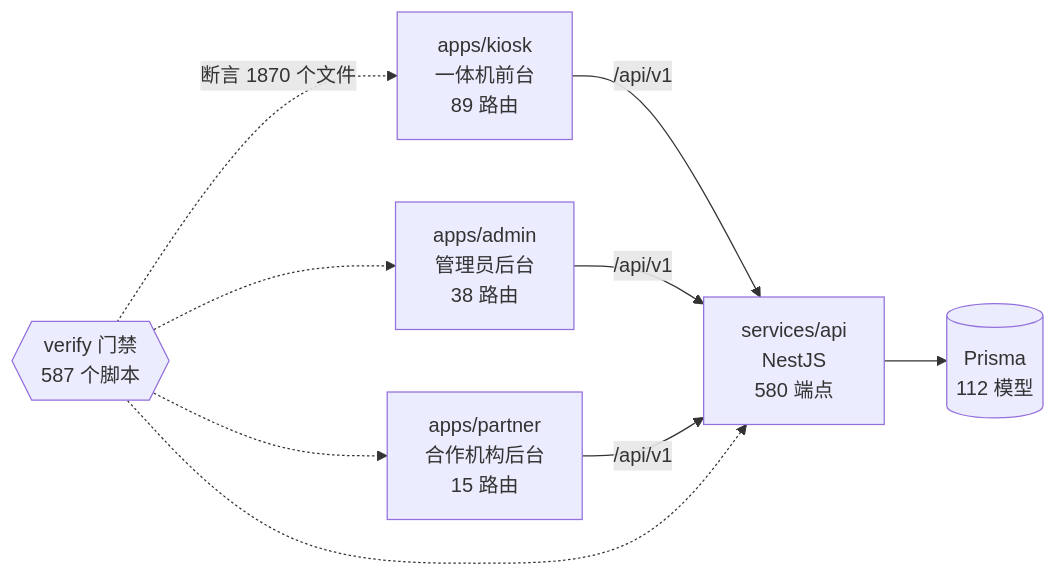
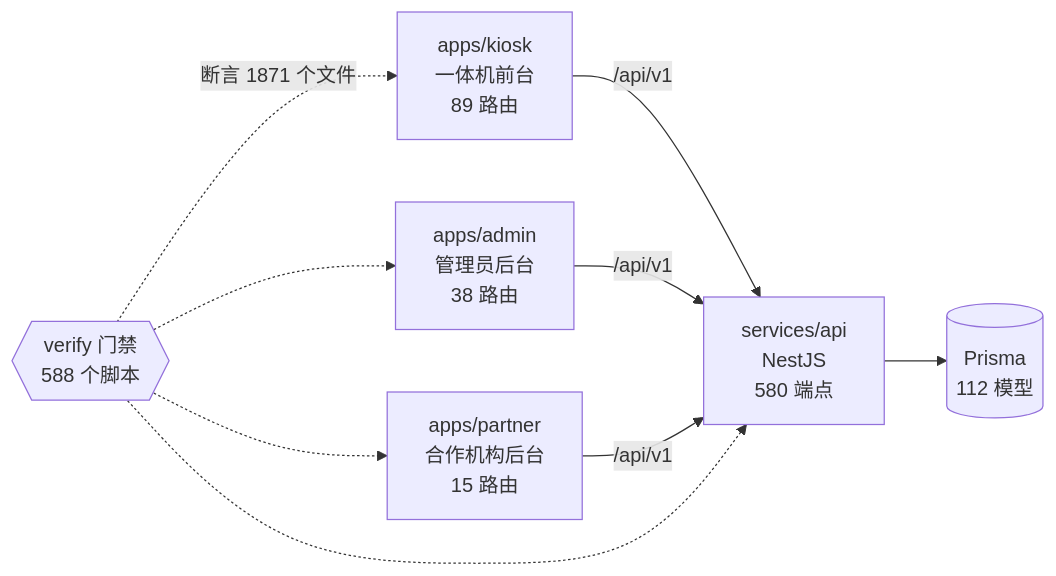
The diagram in docs/graph/README.md (wanglei581/YITIJI), drawn with Mermaid before and after one commit. The commit also changed other lines of this file and 1 other file, not shown here.

Commit message:
chore(graph): 第六次切点合入后重生图谱

````diff
--- a/docs/graph/README.md
+++ b/docs/graph/README.md
@@ -68,18 +68,18 @@
 ```mermaid
 flowchart LR
   kiosk["apps/kiosk<br/>一体机前台<br/>89 路由"]
   admin["apps/admin<br/>管理员后台<br/>38 路由"]
   partner["apps/partner<br/>合作机构后台<br/>15 路由"]
   api["services/api<br/>NestJS<br/>580 端点"]
   db[("Prisma<br/>112 模型")]
-  gates{{"verify 门禁<br/>587 个脚本"}}
+  gates{{"verify 门禁<br/>588 个脚本"}}
 
   kiosk -->|"/api/v1"| api
   admin -->|"/api/v1"| api
   partner -->|"/api/v1"| api
   api --> db
-  gates -.->|"断言 1870 个文件"| kiosk
+  gates -.->|"断言 1871 个文件"| kiosk
   gates -.-> admin
   gates -.-> partner
   gates -.-> api
 ```
````
